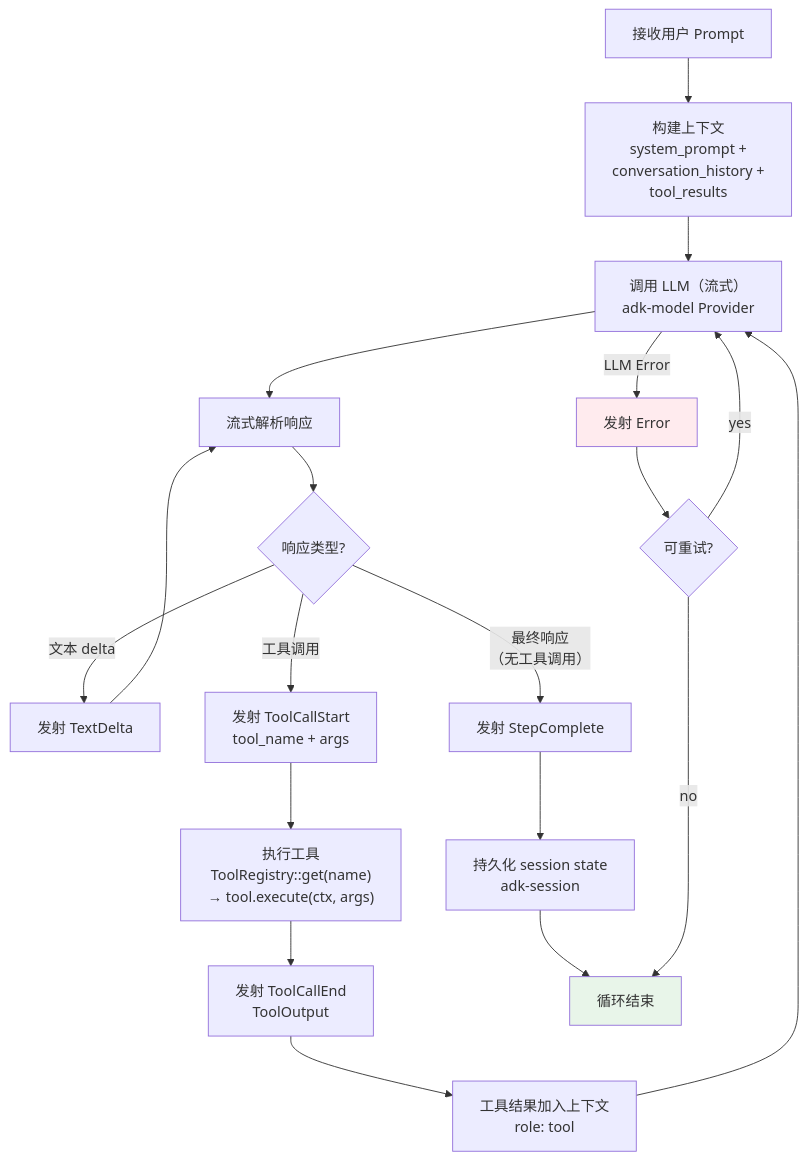
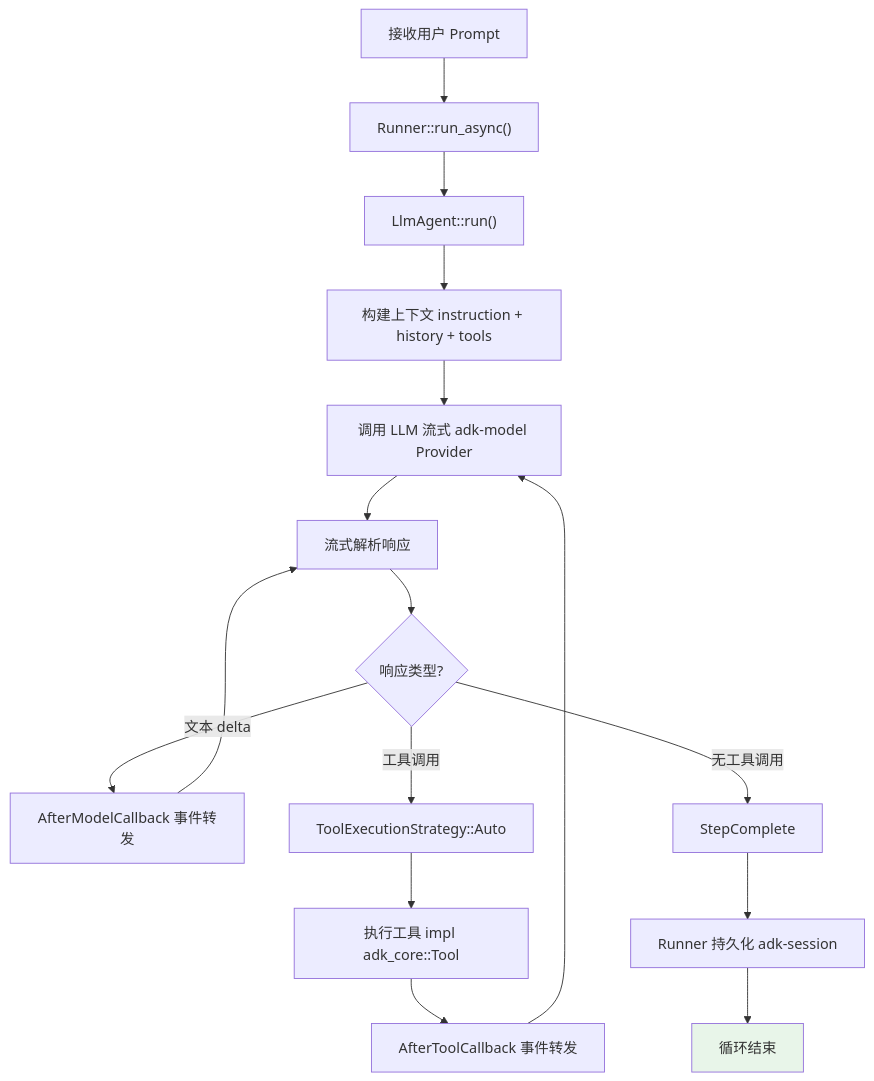
The first of 5 diagrams in llmanspec/changes/c25-add-agent-loop/design.md (StrayDragon/xylitol), drawn with Mermaid before and after one commit. The commit also changed other lines of this file and 27 other files, not shown here.

````diff
--- a/llmanspec/changes/c25-add-agent-loop/design.md
+++ b/llmanspec/changes/c25-add-agent-loop/design.md
@@ -31,29 +33,24 @@
 ```mermaid
 flowchart TD
-    START["接收用户 Prompt"] --> BUILD["构建上下文<br/>system_prompt +<br/>conversation_history +<br/>tool_results"]
-    BUILD --> CALL["调用 LLM（流式）<br/>adk-model Provider"]
+    START["接收用户 Prompt"] --> RUNNER["Runner::run_async()"]
+    RUNNER --> AGENT["LlmAgent::run()"]
+    AGENT --> BUILD["构建上下文 instruction + history + tools"]
+    BUILD --> CALL["调用 LLM 流式 adk-model Provider"]
 
     CALL --> STREAM["流式解析响应"]
     STREAM --> PARSE{"响应类型?"}
 
-    PARSE -->|文本 delta| EMIT_TEXT["发射 TextDelta"]
-    EMIT_TEXT --> STREAM
+    PARSE -->|文本 delta| CALLBACK["AfterModelCallback 事件转发"]
+    CALLBACK --> STREAM
 
-    PARSE -->|工具调用| EMIT_TC_START["发射 ToolCallStart<br/>tool_name + args"]
-    EMIT_TC_START --> EXEC["执行工具<br/>ToolRegistry::get(name)<br/>→ tool.execute(ctx, args)"]
-    EXEC --> EMIT_TC_END["发射 ToolCallEnd<br/>ToolOutput"]
-    EMIT_TC_END --> APPEND["工具结果加入上下文<br/>role: tool"]
-    APPEND --> CALL
+    PARSE -->|工具调用| DISPATCH["ToolExecutionStrategy::Auto"]
+    DISPATCH --> EXEC["执行工具 impl adk_core::Tool"]
+    EXEC --> AFTER["AfterToolCallback 事件转发"]
+    AFTER --> CALL
 
-    PARSE -->|最终响应<br/>（无工具调用）| EMIT_STEP["发射 StepComplete"]
-    EMIT_STEP --> PERSIST["持久化 session state<br/>adk-session"]
+    PARSE -->|无工具调用| COMPLETE["StepComplete"]
+    COMPLETE --> PERSIST["Runner 持久化 adk-session"]
     PERSIST --> DONE["循环结束"]
 
-    CALL -->|LLM Error| EMIT_ERR["发射 Error"]
-    EMIT_ERR --> RETRY{"可重试?"}
-    RETRY -->|yes| CALL
-    RETRY -->|no| DONE
-
     style DONE fill:#e8f5e9
-    style EMIT_ERR fill:#ffebee
 ```
````
